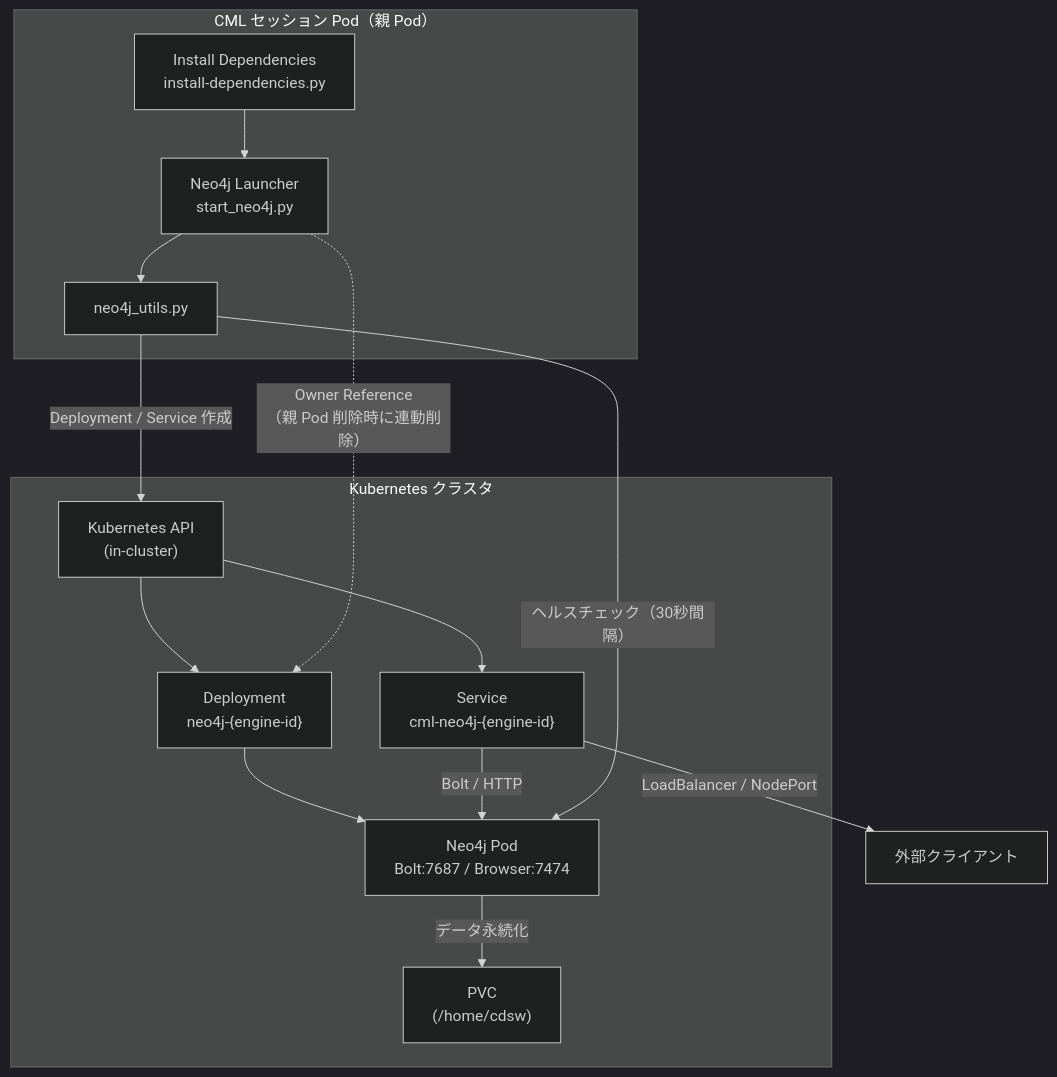
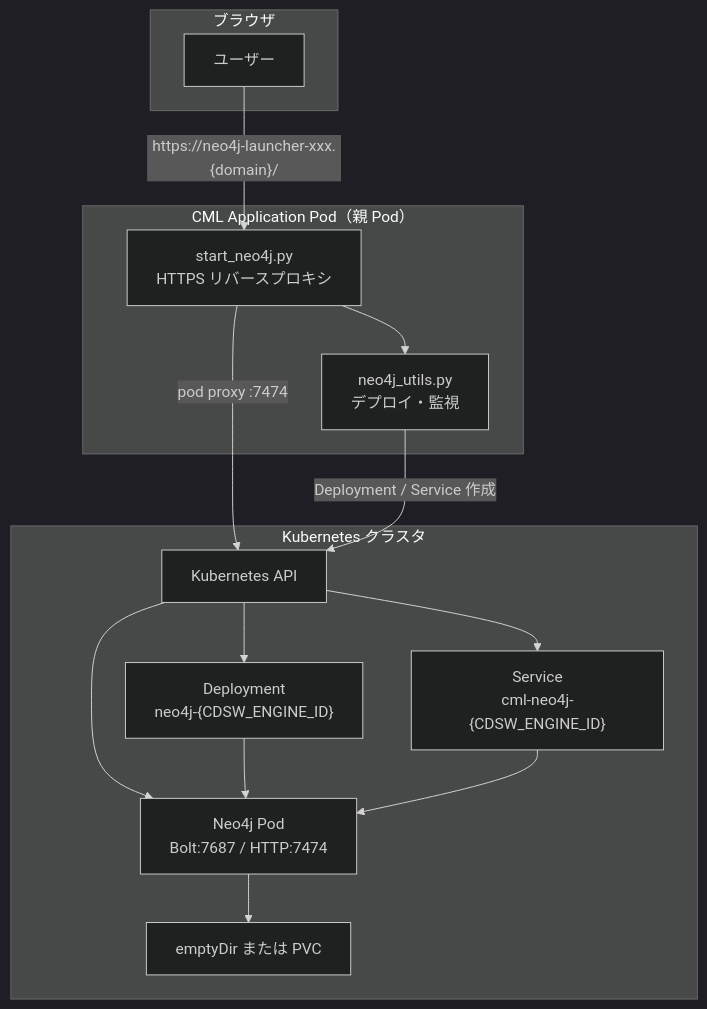
Before and after one commit to eyo-shi/neo4j-launcher: the diagram in README.md, drawn with Mermaid (dark theme). The commit also changed other lines of this file, not shown here.

First line of the commit message:
Update README to reflect current CML Application proxy workflow.

````diff
--- a/README.md
+++ b/README.md
@@ -17,31 +21,30 @@
 ```mermaid
 flowchart TB
-    subgraph CML["CML セッション Pod（親 Pod）"]
-        Install["Install Dependencies\ninstall-dependencies.py"]
-        Launcher["Neo4j Launcher\nstart_neo4j.py"]
-        Utils["neo4j_utils.py"]
-        Install --> Launcher
-        Launcher --> Utils
+    subgraph Browser["ブラウザ"]
+        User["ユーザー"]
+    end
+
+    subgraph CML["CML Application Pod（親 Pod）"]
+        HTTP["start_neo4j.py\nHTTPS リバースプロキシ"]
+        Supervisor["neo4j_utils.py\nデプロイ・監視"]
+        HTTP --> Supervisor
     end
 
     subgraph K8s["Kubernetes クラスタ"]
-        API["Kubernetes API\n(in-cluster)"]
-        Deploy["Deployment\nneo4j-{engine-id}"]
-        Svc["Service\ncml-neo4j-{engine-id}"]
-        Neo4j["Neo4j Pod\nBolt:7687 / Browser:7474"]
-        PVC["PVC\n(/home/cdsw)"]
+        API["Kubernetes API"]
+        Deploy["Deployment\nneo4j-{CDSW_ENGINE_ID}"]
+        Svc["Service\ncml-neo4j-{CDSW_ENGINE_ID}"]
+        Neo4j["Neo4j Pod\nBolt:7687 / HTTP:7474"]
+        Data["emptyDir または PVC"]
     end
 
-    Client["外部クライアント"]
-
-    Utils -->|"Deployment / Service 作成"| API
+    User -->|"https://neo4j-launcher-xxx.{domain}/"| HTTP
+    HTTP -->|"pod proxy :7474"| API
+    API --> Neo4j
+    Supervisor -->|"Deployment / Service 作成"| API
     API --> Deploy
     API --> Svc
     Deploy --> Neo4j
-    Svc -->|"Bolt / HTTP"| Neo4j
-    Neo4j -->|"データ永続化"| PVC
-    Utils -->|"ヘルスチェック（30秒間隔）"| Neo4j
-    Svc -->|"LoadBalancer / NodePort"| Client
-
-    Launcher -.->|"Owner Reference\n（親 Pod 削除時に連動削除）"| Deploy
+    Svc --> Neo4j
+    Neo4j --> Data
 ```
````
